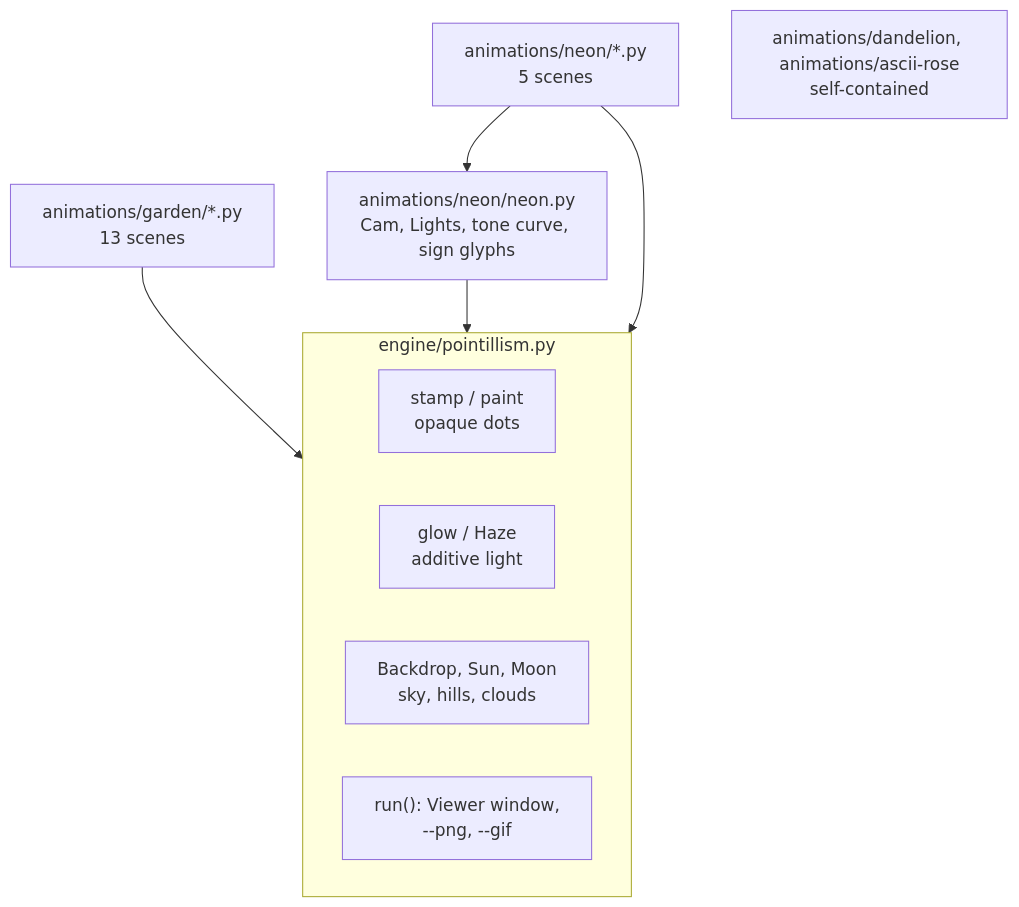
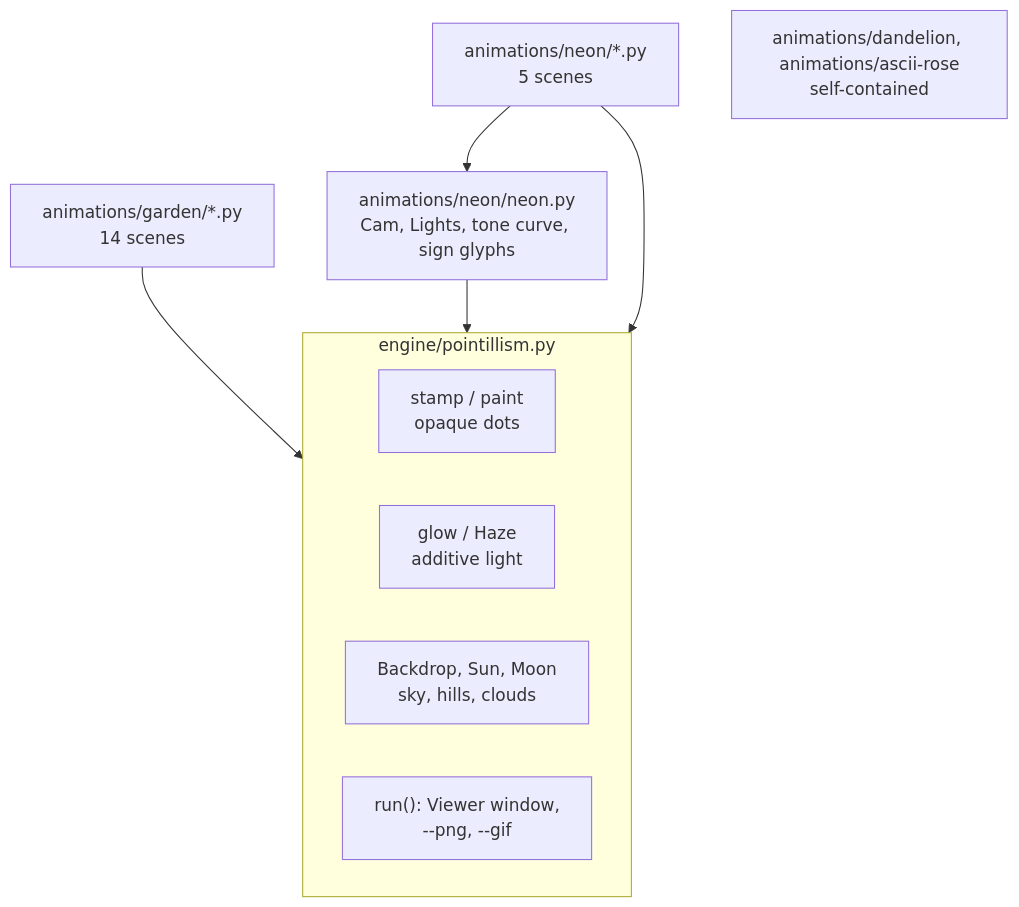
Before and after one commit to Carcus0013/pointillist-animations: the diagram in README.md, drawn with Mermaid. The commit also changed other lines of this file and 6 other files, not shown here.

````diff
--- a/README.md
+++ b/README.md
@@ -139,17 +141,17 @@
 ```mermaid
 flowchart TB
     subgraph engine["engine/pointillism.py"]
         dots["stamp / paint<br/>opaque dots"]
         light["glow / Haze<br/>additive light"]
         back["Backdrop, Sun, Moon<br/>sky, hills, clouds"]
         runner["run(): Viewer window,<br/>--png, --gif"]
     end
     neon["animations/neon/neon.py<br/>Cam, Lights, tone curve, sign glyphs"]
-    garden["animations/garden/*.py<br/>13 scenes"]
+    garden["animations/garden/*.py<br/>14 scenes"]
     neonscenes["animations/neon/*.py<br/>5 scenes"]
     standalone["animations/dandelion, animations/ascii-rose<br/>self-contained"]
     garden --> engine
     neon --> engine
     neonscenes --> neon
     neonscenes --> engine
 ```
````
